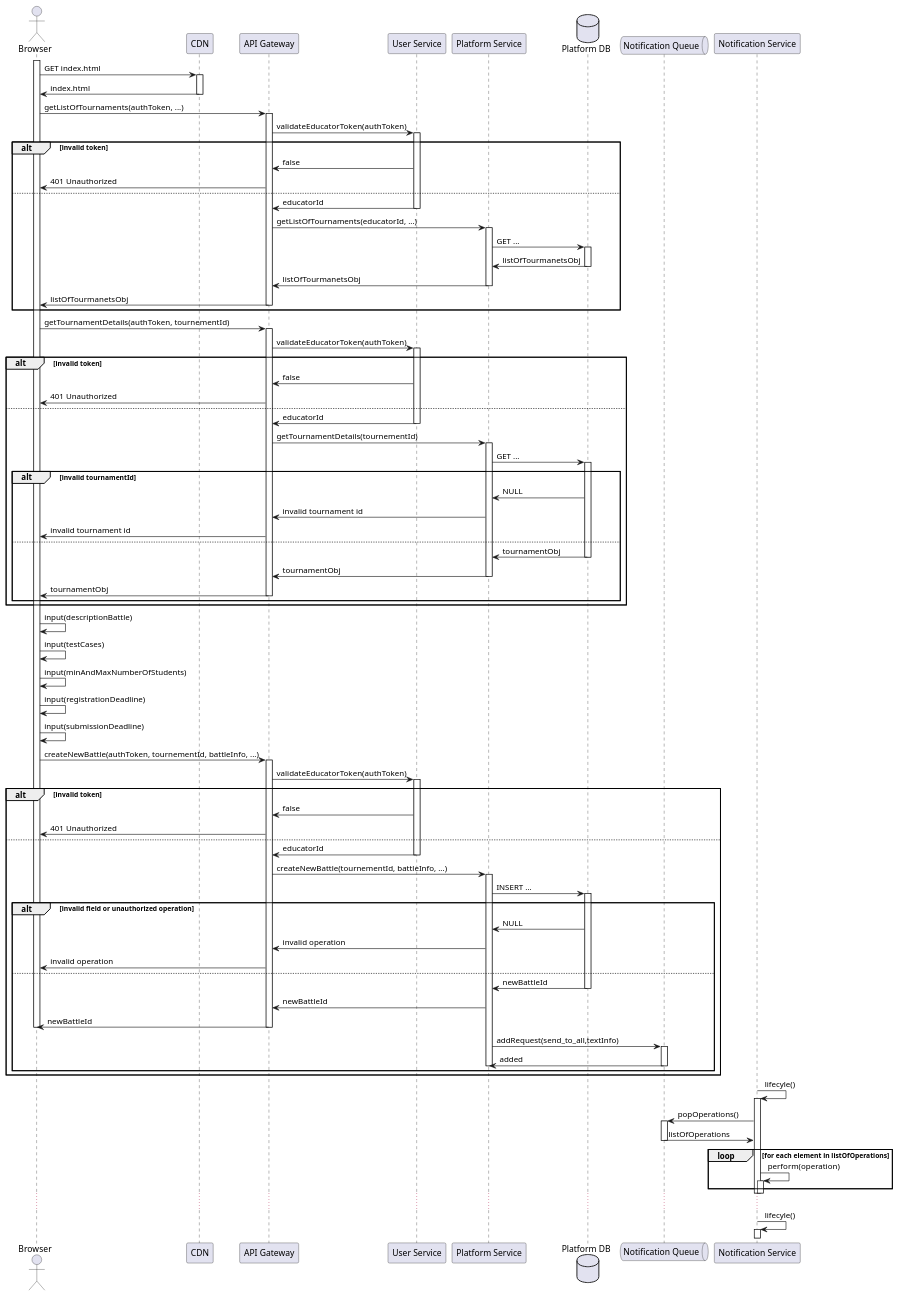
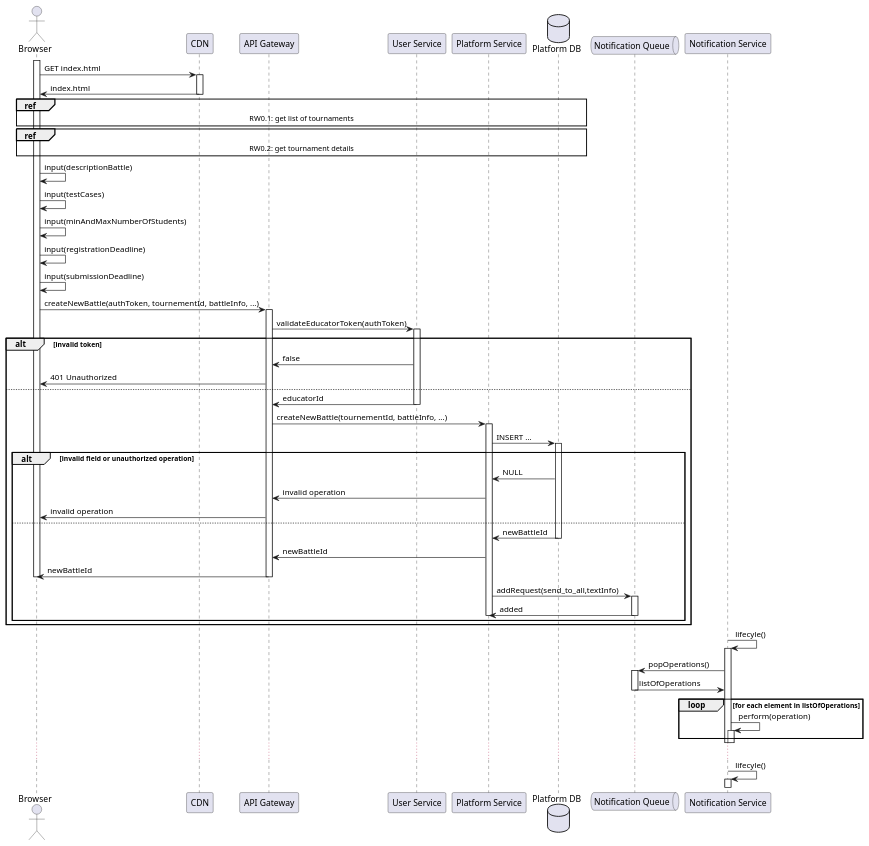
The diagram in dd/puml/rw3.puml (Furrrlo/CodeKataBattle), drawn with PlantUML before and after one commit. The commit also changed 7 other files, not shown here.

Commit message:
Extract common seq diagram

```diff
--- a/dd/puml/rw3.puml
+++ b/dd/puml/rw3.puml
@@ -1,111 +1,73 @@
 @startuml RW3 - Educator creates a new Battle for an Existing Tournament
 
 actor Browser
 participant CDN
 participant "API Gateway" as gateway
 participant "User Service" as auth
 
 participant "Platform Service" as platform
 database "Platform DB" as platformDb
 
 queue  "Notification Queue" as notificationQueue
 participant "Notification Service" as notification
 
 activate Browser
 Browser -> CDN ++ : GET index.html
 Browser <- CDN -- : index.html
 
-
-Browser -> gateway ++ : getListOfTournaments(authToken, ...)
-gateway -> auth ++ : validateEducatorToken(authToken)
-alt invalid token
-    gateway <- auth : false
-    Browser <- gateway : 401 Unauthorized
-else
-    gateway <- auth -- : educatorId
-    gateway -> platform ++ : getListOfTournaments(educatorId, ...)
-    platform -> platformDb ++ : GET ...
-    platform <- platformDb -- : listOfTourmanetsObj
-    gateway <- platform -- : listOfTourmanetsObj
-    Browser <- gateway -- : listOfTourmanetsObj
-end
-
-
-
-
-Browser -> gateway ++ : getTournamentDetails(authToken, tournementId)
-gateway -> auth ++ : validateEducatorToken(authToken)
-alt invalid token
-    gateway <- auth : false
-    Browser <- gateway : 401 Unauthorized
-else
-    gateway <- auth -- : educatorId
-    gateway -> platform ++ : getTournamentDetails(tournementId)
-
-    platform -> platformDb ++ : GET ...
-
-    alt invalid tournamentId
-        platform <- platformDb : NULL
-        gateway <- platform : invalid tournament id
-        Browser <- gateway : invalid tournament id
-    else
-        platform <- platformDb -- : tournamentObj
-        gateway <- platform -- : tournamentObj
-        Browser <- gateway -- : tournamentObj
-    end
-end
-
+ref over Browser, gateway, auth, platform, platformDb: RW0.1: get list of tournaments
+ref over Browser, gateway, auth, platform, platformDb: RW0.2: get tournament details
 
 Browser -> Browser : input(descriptionBattle)
 Browser -> Browser : input(testCases)
 Browser -> Browser : input(minAndMaxNumberOfStudents)
 Browser -> Browser : input(registrationDeadline)
 Browser -> Browser : input(submissionDeadline)
 
 Browser -> gateway ++ : createNewBattle(authToken, tournementId, battleInfo, ...)
 
 gateway -> auth ++ : validateEducatorToken(authToken)
 alt invalid token
     gateway <- auth : false
     Browser <- gateway : 401 Unauthorized
 else
     gateway <- auth -- : educatorId
     gateway -> platform ++ : createNewBattle(tournementId, battleInfo, ...)
 
     platform -> platformDb ++ : INSERT ...
 
     alt invalid field or unauthorized operation
         platform <- platformDb : NULL
         gateway <- platform : invalid operation
         Browser <- gateway : invalid operation
     else
         platform <- platformDb -- : newBattleId
         gateway <- platform  : newBattleId
         Browser <- gateway -- : newBattleId
         deactivate Browser
 
         platform -> notificationQueue ++ : addRequest(send_to_all,textInfo)
-        
+
         platform <- notificationQueue --: added
         deactivate platform
     end
-    
+
 
 end
 
 notification -> notification ++ : lifecyle()
 notification -> notificationQueue ++: popOperations()
 notification <- notificationQueue --:listOfOperations
 
 
 loop for each element in listOfOperations
     notification -> notification ++: perform(operation)
 end
 deactivate notification
 deactivate notification
 ...
 notification -> notification ++ : lifecyle()
 
 
 
 @enduml
```
